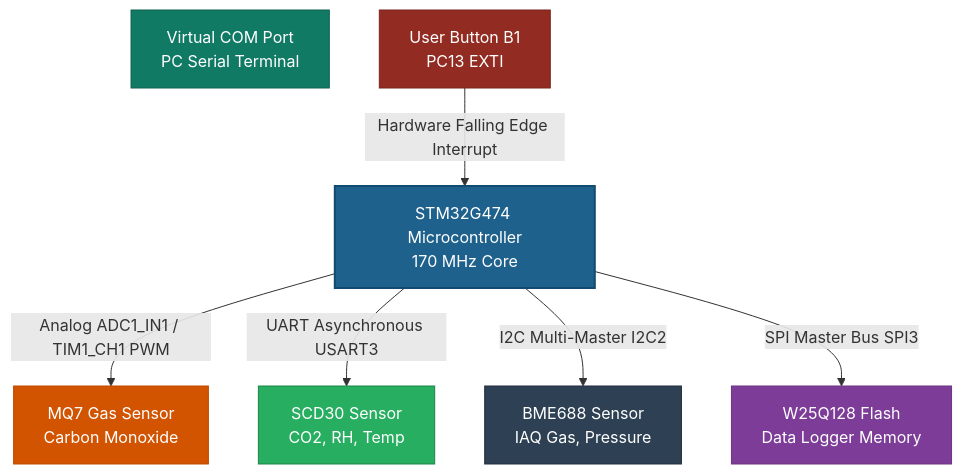
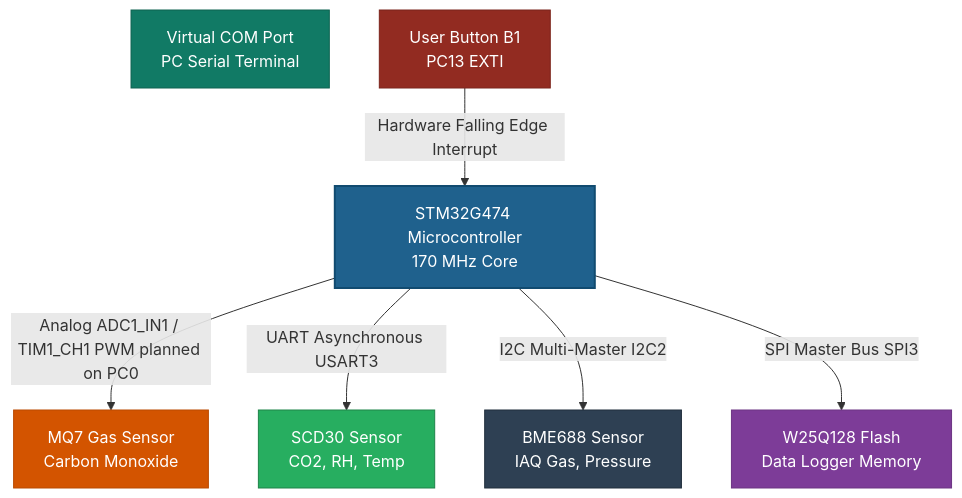
One commit to yuvalkuck/metallic-bear changed the diagram in README.md. Above: the diagram before and after it, drawn with Mermaid. The commit also changed 3 other files, not shown here.

````diff
--- a/README.md
+++ b/README.md
@@ -9,27 +9,27 @@
 ```mermaid
 graph TD
     %% Node Definitions
     MCU[STM32G474 Microcontroller<br>170 MHz Core]
     MQ7[MQ7 Gas Sensor<br>Carbon Monoxide]
     SCD30[SCD30 Sensor<br>CO2, RH, Temp]
     BME688[BME688 Sensor<br>IAQ Gas, Pressure]
     W25Q[W25Q128 Flash<br>Data Logger Memory]
     VCP[Virtual COM Port<br>PC Serial Terminal]
     B1[User Button B1<br>PC13 EXTI]
 
     %% Hardware Connections
-    MCU -->|Analog ADC1_IN1 / TIM1_CH1 PWM| MQ7
+    MCU -->|Analog ADC1_IN1 / TIM1_CH1 PWM planned on PC0| MQ7
     MCU -->|UART Asynchronous USART3| SCD30
     MCU -->|I2C Multi-Master I2C2| BME688
     MCU -->|SPI Master Bus SPI3| W25Q
     B1 -->|Hardware Falling Edge Interrupt| MCU
 
     %% Styling Elements
     style MCU fill:#1f618d,stroke:#114b70,stroke-width:2px,color:#fff
     style MQ7 fill:#d35400,stroke:#ba4a00,stroke-width:1px,color:#fff
     style SCD30 fill:#27ae60,stroke:#1e8449,stroke-width:1px,color:#fff
     style BME688 fill:#2e4053,stroke:#212f3d,stroke-width:1px,color:#fff
     style W25Q fill:#7d3c98,stroke:#6c3483,stroke-width:1px,color:#fff
     style VCP fill:#117a65,stroke:#0e6251,stroke-width:1px,color:#fff
     style B1 fill:#922b21,stroke:#7b241c,stroke-width:1px,color:#fff
 ```
````
